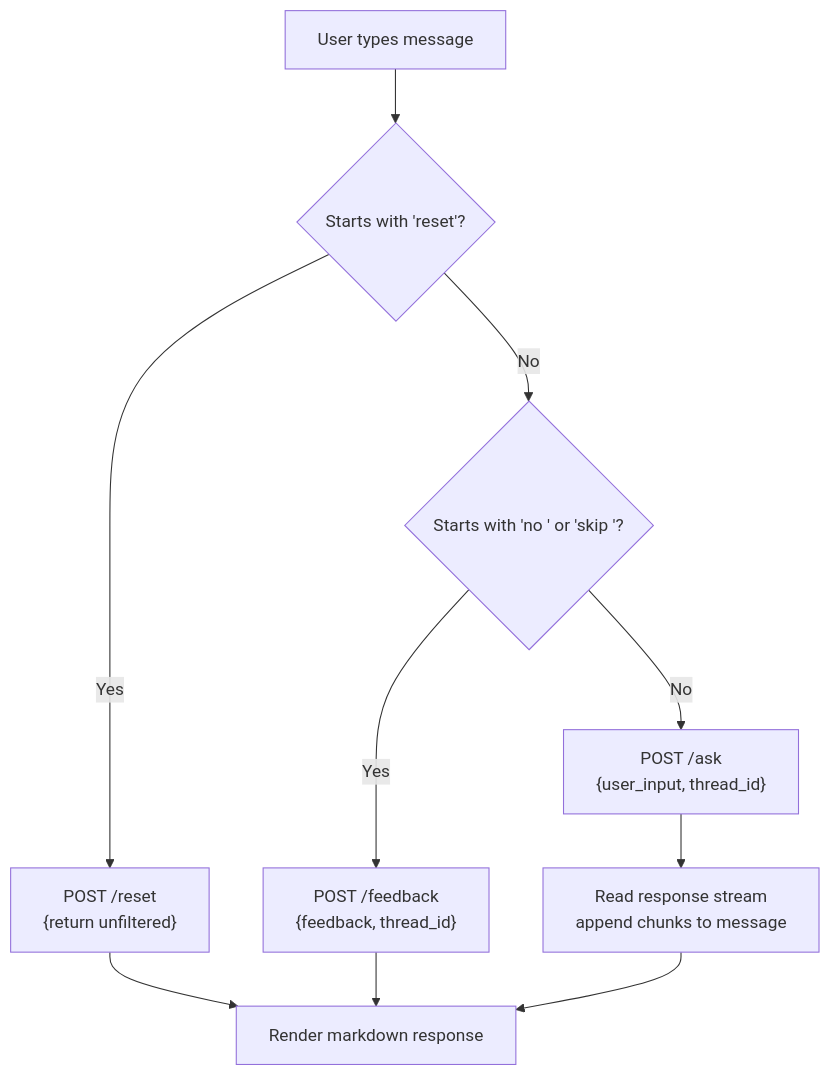
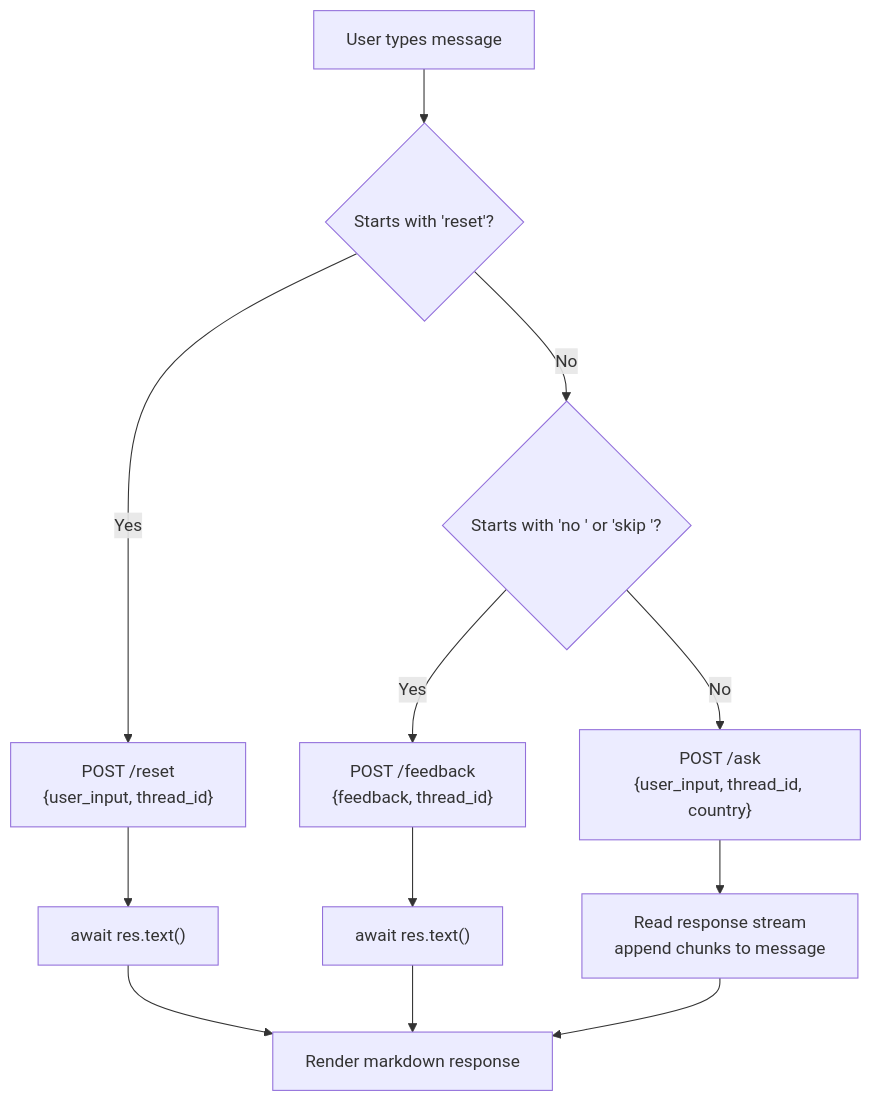
The diagram in openwiki/frontend/chat-ui.md (tsouk88/job-search-agent), drawn with Mermaid before and after one commit. The commit also changed other lines of this file and 36 other files, not shown here.

````diff
--- a/openwiki/frontend/chat-ui.md
+++ b/openwiki/frontend/chat-ui.md
@@ -46,12 +103,14 @@
 ```mermaid
 flowchart TD
     Input["User types message"] --> Check1{"Starts with 'reset'?"}
-    Check1 -->|Yes| Reset["POST /reset\n{return unfiltered}"]
+    Check1 -->|Yes| Reset["POST /reset\n{user_input, thread_id}"]
     Check1 -->|No| Check2{"Starts with 'no ' or 'skip '?"}
     Check2 -->|Yes| Feedback["POST /feedback\n{feedback, thread_id}"]
-    Check2 -->|No| Search["POST /ask\n{user_input, thread_id}"]
-    Reset --> Render["Render markdown response"]
-    Feedback --> Render
+    Check2 -->|No| Search["POST /ask\n{user_input, thread_id, country}"]
+    Reset --> ReadReset["await res.text()"]
+    Feedback --> ReadFb["await res.text()"]
     Search --> Stream["Read response stream\nappend chunks to message"]
+    ReadReset --> Render["Render markdown response"]
+    ReadFb --> Render
     Stream --> Render
 ```
````
